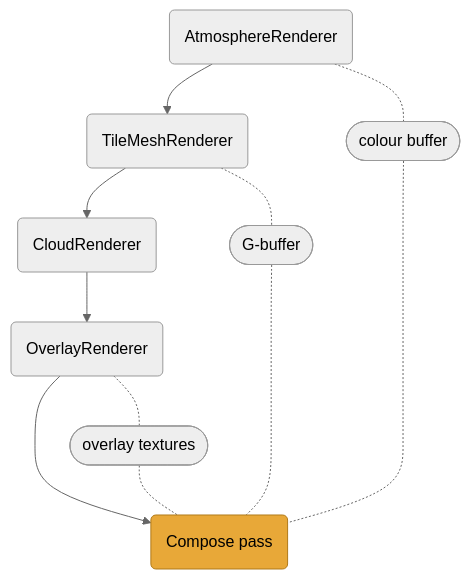
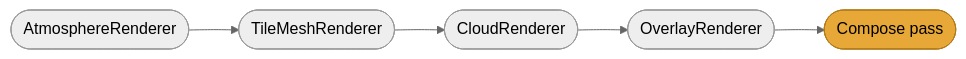
Before and after one commit to weBIGeo/webigeo: the second of 2 diagrams in docs/webgpu_engine.md, drawn with Mermaid (neutral theme).

Commit message:
add: minify rendering pipeline

````diff
--- a/docs/webgpu_engine.md
+++ b/docs/webgpu_engine.md
@@ -45,24 +45,12 @@
 ```mermaid
-graph TB
+graph LR
     classDef highlight fill:#e8a838,stroke:#b07a1a,color:#000
 
-    Atm("AtmosphereRenderer")
-    Tile("TileMeshRenderer")
-    Cloud("CloudRenderer")
-    Ovl("OverlayRenderer")
-    ColBuf(["colour buffer"])
-    GBuf(["G-buffer"])
-    OvlTex(["overlay textures"])
-    Compose("Compose pass"):::highlight
+    Atm(["AtmosphereRenderer"])
+    Tile(["TileMeshRenderer"])
+    Cloud(["CloudRenderer"])
+    Ovl(["OverlayRenderer"])
+    Compose(["Compose pass"]):::highlight
 
-    
     Atm --> Tile --> Cloud --> Ovl --> Compose
-    Atm -.- ColBuf
-
-    
-    Tile -.- GBuf
-    GBuf -...- Compose
-    Ovl -.- OvlTex
-    ColBuf -....- Compose
-    OvlTex -.- Compose
 ```
````
